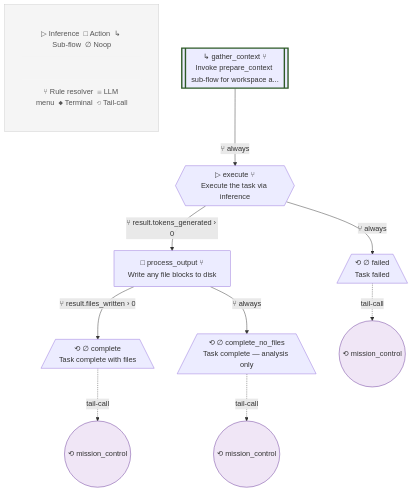
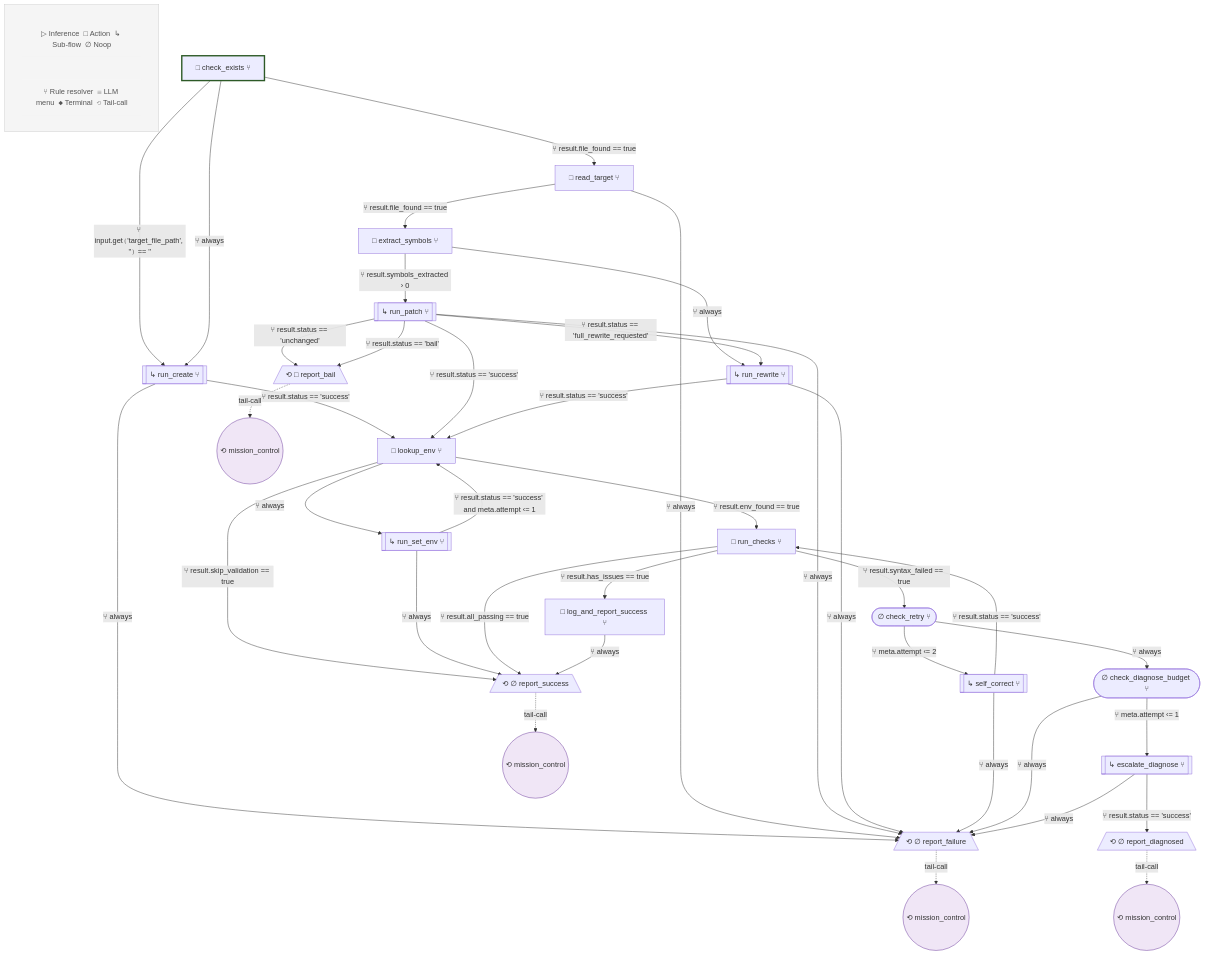
One commit to lah-rb/ouroboros changed the seventh of 20 diagrams in blueprint.md. Above: the diagram before and after it, drawn with Mermaid. The commit also changed other lines of this file and 207 other files, not shown here.

````diff
--- a/blueprint.md
+++ b/blueprint.md
@@ -632,37 +698,80 @@
 ```mermaid
 flowchart TD
-    %% document_project v2
+    %% file_ops v1
 
     subgraph Legend[" "]
         L1["▷ Inference  □ Action  ↳ Sub-flow  ∅ Noop"]
         L2["⑂ Rule resolver  ☰ LLM menu  ◆ Terminal  ⟲ Tail-call"]
     end
     style Legend fill:#f5f5f5,stroke:#ccc,stroke-width:1px
     style L1 fill:#f5f5f5,stroke:none,color:#555
     style L2 fill:#f5f5f5,stroke:none,color:#555
 
-    gather_context[["↳ gather_context ⑂\nInvoke prepare_context sub-flow for workspace a..."]]
-    execute{{"▷ execute ⑂\nExecute the task via inference"}}
-    process_output["□ process_output ⑂\nWrite any file blocks to disk"]
-    complete[/"⟲ ∅ complete\nTask complete with files"\]
-    complete_no_files[/"⟲ ∅ complete_no_files\nTask complete — analysis only"\]
-    failed[/"⟲ ∅ failed\nTask failed"\]
+    check_exists["□ check_exists ⑂"]
+    run_create[["↳ run_create ⑂"]]
+    read_target["□ read_target ⑂"]
+    extract_symbols["□ extract_symbols ⑂"]
+    run_patch[["↳ run_patch ⑂"]]
+    run_rewrite[["↳ run_rewrite ⑂"]]
+    lookup_env["□ lookup_env ⑂"]
+    run_set_env[["↳ run_set_env ⑂"]]
+    run_checks["□ run_checks ⑂"]
+    check_retry(["∅ check_retry ⑂"])
+    self_correct[["↳ self_correct ⑂"]]
+    check_diagnose_budget(["∅ check_diagnose_budget ⑂"])
+    escalate_diagnose[["↳ escalate_diagnose ⑂"]]
+    log_and_report_success["□ log_and_report_success ⑂"]
+    report_success[/"⟲ ∅ report_success"\]
+    report_failure[/"⟲ ∅ report_failure"\]
+    report_diagnosed[/"⟲ ∅ report_diagnosed"\]
+    report_bail[/"⟲ □ report_bail"\]
 
-    style gather_context stroke-width:3px,stroke:#2d5a27
+    style check_exists stroke-width:3px,stroke:#2d5a27
 
-    gather_context -->|⑂ always| execute
-    execute -->|⑂ result.tokens_generated › 0| process_output
-    execute -->|⑂ always| failed
-    process_output -->|⑂ result.files_written › 0| complete
-    process_output -->|⑂ always| complete_no_files
-    tc_complete(("⟲ mission_control"))
-    style tc_complete fill:#f0e6f6,stroke:#663399
-    complete -.->|tail-call| tc_complete
-    tc_complete_no_files(("⟲ mission_control"))
-    style tc_complete_no_files fill:#f0e6f6,stroke:#663399
-    complete_no_files -.->|tail-call| tc_complete_no_files
-    tc_failed(("⟲ mission_control"))
-    style tc_failed fill:#f0e6f6,stroke:#663399
-    failed -.->|tail-call| tc_failed
+    check_exists -->|⑂ input.get⟮'target_file_path', ''⟯ == ''| run_create
+    check_exists -->|⑂ result.file_found == true| read_target
+    check_exists -->|⑂ always| run_create
+    run_create -->|⑂ result.status == 'success'| lookup_env
+    run_create -->|⑂ always| report_failure
+    read_target -->|⑂ result.file_found == true| extract_symbols
+    read_target -->|⑂ always| report_failure
+    extract_symbols -->|⑂ result.symbols_extracted › 0| run_patch
+    extract_symbols -->|⑂ always| run_rewrite
+    run_patch -->|⑂ result.status == 'success'| lookup_env
+    run_patch -->|⑂ result.status == 'full_rewrite_requested'| run_rewrite
+    run_patch -->|⑂ result.status == 'unchanged'| report_bail
+    run_patch -->|⑂ result.status == 'bail'| report_bail
+    run_patch -->|⑂ always| report_failure
+    run_rewrite -->|⑂ result.status == 'success'| lookup_env
+    run_rewrite -->|⑂ always| report_failure
+    lookup_env -->|⑂ result.env_found == true| run_checks
+    lookup_env -->|⑂ result.skip_validation == true| report_success
+    lookup_env -->|⑂ always| run_set_env
+    run_set_env -->|⑂ result.status == 'success' and meta.attempt ‹= 1| lookup_env
+    run_set_env -->|⑂ always| report_success
+    run_checks -->|⑂ result.all_passing == true| report_success
+    run_checks -->|⑂ result.syntax_failed == true| check_retry
+    run_checks -->|⑂ result.has_issues == true| log_and_report_success
+    check_retry -->|⑂ meta.attempt ‹= 2| self_correct
+    check_retry -->|⑂ always| check_diagnose_budget
+    self_correct -->|⑂ result.status == 'success'| run_checks
+    self_correct -->|⑂ always| report_failure
+    check_diagnose_budget -->|⑂ meta.attempt ‹= 1| escalate_diagnose
+    check_diagnose_budget -->|⑂ always| report_failure
+    escalate_diagnose -->|⑂ result.status == 'success'| report_diagnosed
+    escalate_diagnose -->|⑂ always| report_failure
+    log_and_report_success -->|⑂ always| report_success
+    tc_report_success(("⟲ mission_control"))
+    style tc_report_success fill:#f0e6f6,stroke:#663399
+    report_success -.->|tail-call| tc_report_success
+    tc_report_failure(("⟲ mission_control"))
+    style tc_report_failure fill:#f0e6f6,stroke:#663399
+    report_failure -.->|tail-call| tc_report_failure
+    tc_report_diagnosed(("⟲ mission_control"))
+    style tc_report_diagnosed fill:#f0e6f6,stroke:#663399
+    report_diagnosed -.->|tail-call| tc_report_diagnosed
+    tc_report_bail(("⟲ mission_control"))
+    style tc_report_bail fill:#f0e6f6,stroke:#663399
+    report_bail -.->|tail-call| tc_report_bail
 
 ```
````
